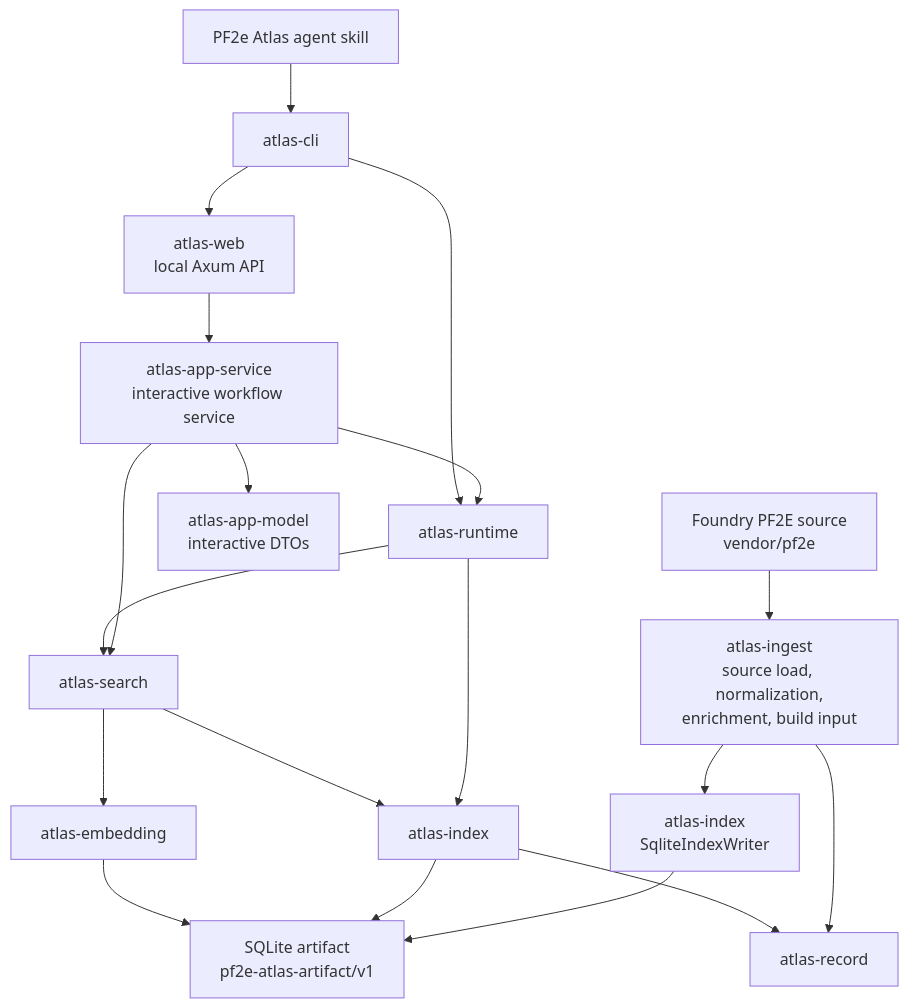
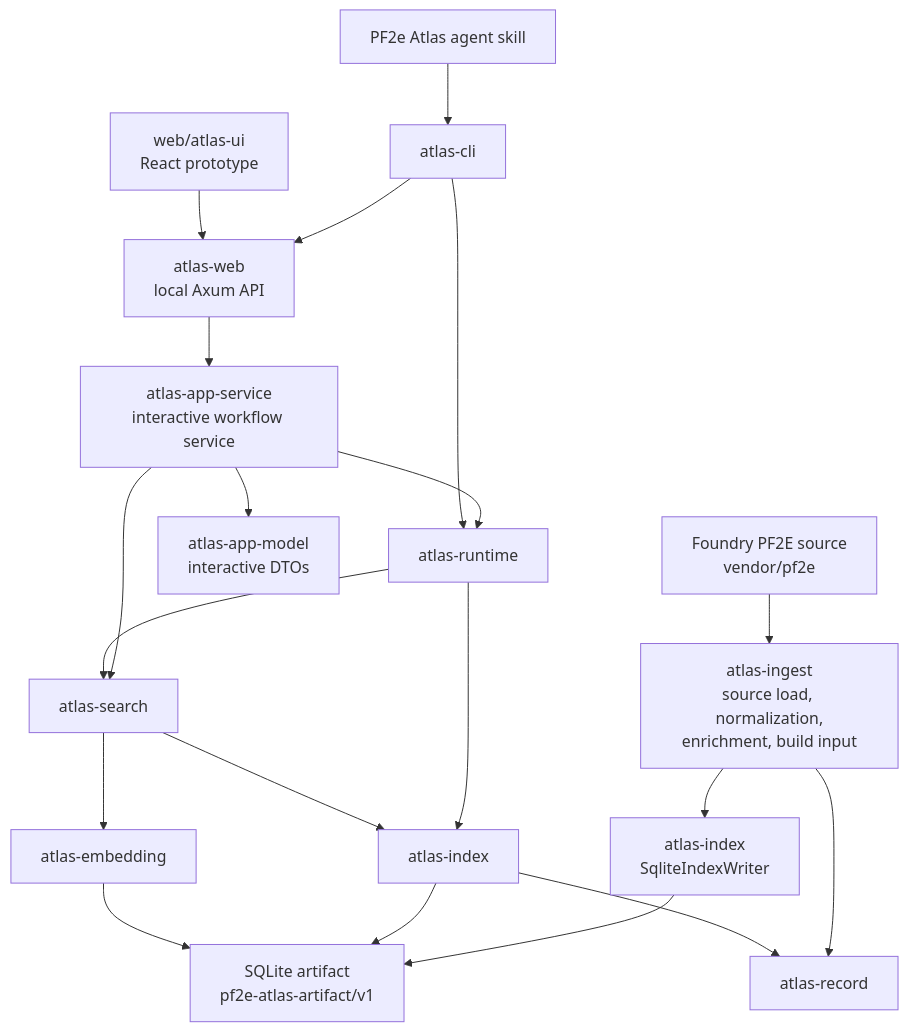
The diagram in docs/architecture/overview.md (e-kosten/pf2e-atlas), drawn with Mermaid before and after one commit. The commit also changed other lines of this file and 24 other files, not shown here.

Commit message:
feat: add atlas web UI prototype

````diff
--- a/docs/architecture/overview.md
+++ b/docs/architecture/overview.md
@@ -33,22 +34,23 @@
 ```mermaid
 flowchart TD
     pf2e["Foundry PF2E source<br/>vendor/pf2e"] --> ingest["atlas-ingest<br/>source load, normalization,<br/>enrichment, build input"]
     ingest --> indexWriter["atlas-index<br/>SqliteIndexWriter"]
     indexWriter --> artifactDb["SQLite artifact<br/>pf2e-atlas-artifact/v1"]
 
     skill["PF2e Atlas agent skill"] --> cli["atlas-cli"]
     cli --> web["atlas-web<br/>local Axum API"]
+    browser["web/atlas-ui<br/>React prototype"] --> web
     web --> appService["atlas-app-service<br/>interactive workflow service"]
     appService --> appModel["atlas-app-model<br/>interactive DTOs"]
     appService --> runtime
     appService --> search
     cli --> runtime["atlas-runtime"]
     runtime --> search["atlas-search"]
     runtime --> index["atlas-index"]
     search --> index
     search --> embedding["atlas-embedding"]
     index --> artifactDb
     embedding --> artifactDb
     ingest --> record["atlas-record"]
     index --> record
 ```
````
